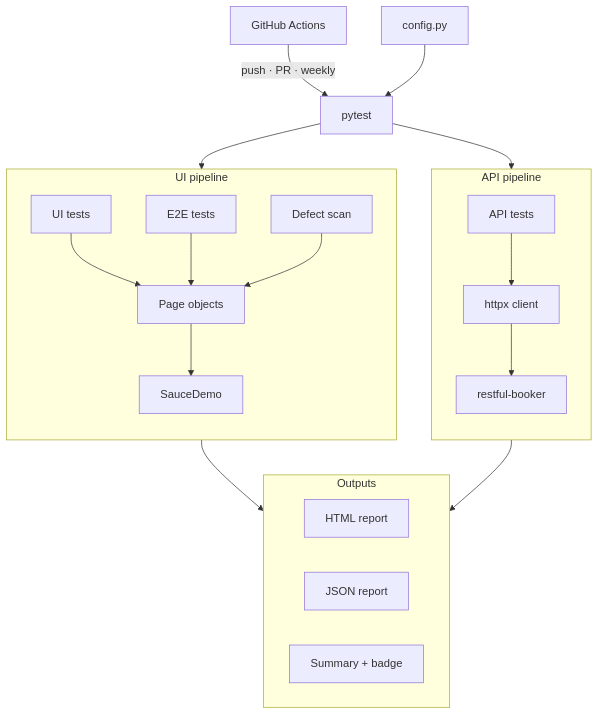
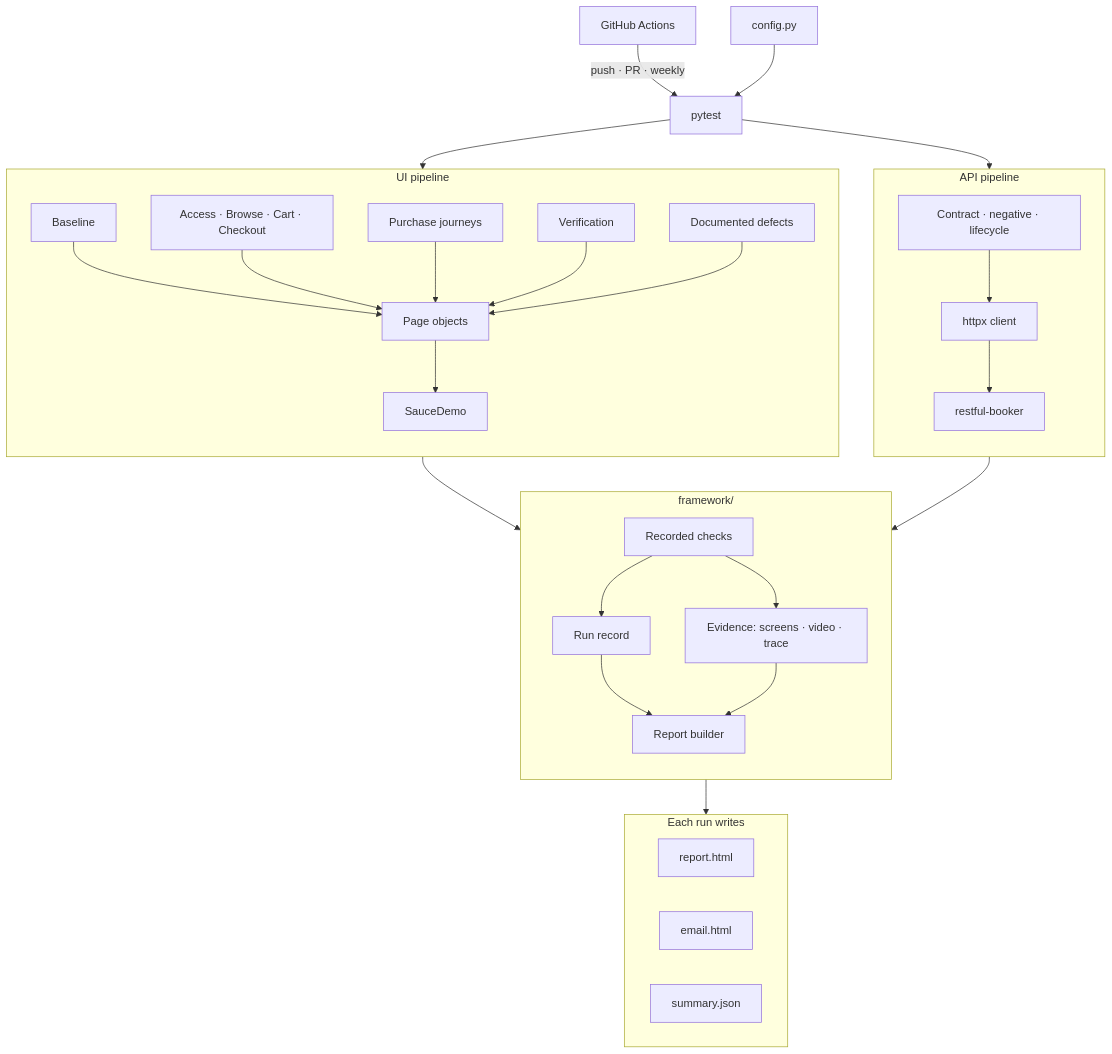
Before and after one commit to TheodorGit/playwright-test-framework: the diagram in README.md, drawn with Mermaid. The commit also changed other lines of this file and 5 other files, not shown here.

````diff
--- a/README.md
+++ b/README.md
@@ -32,42 +51,59 @@
 ```mermaid
 flowchart TB
     CI["GitHub Actions"]
     CONFIG["config.py"]
     RUN["pytest"]
 
     subgraph UIP["UI pipeline"]
         direction TB
-        FUNC["UI tests"]
-        E2E["E2E tests"]
-        DEF["Defect scan"]
+        BASE["Baseline"]
+        FUNC["Access · Browse · Cart · Checkout"]
+        E2E["Purchase journeys"]
+        VER["Verification"]
+        DEF["Documented defects"]
         POM["Page objects"]
         SD["SauceDemo"]
+        BASE --> POM
         FUNC --> POM
         E2E --> POM
+        VER --> POM
         DEF --> POM
         POM --> SD
     end
 
     subgraph APIP["API pipeline"]
         direction TB
-        APIT["API tests"]
+        APIT["Contract · negative · lifecycle"]
         HTTPX["httpx client"]
         RB["restful-booker"]
         APIT --> HTTPX
         HTTPX --> RB
     end
 
-    subgraph OUTS["Outputs"]
+    subgraph FW["framework/"]
+        direction TB
+        REC["Recorded checks"]
+        EV["Evidence: screens · video · trace"]
+        MAN["Run record"]
+        BUILD["Report builder"]
+        REC --> EV
+        REC --> MAN
+        MAN --> BUILD
+        EV --> BUILD
+    end
+
+    subgraph OUTS["Each run writes"]
         direction LR
-        HTML["HTML report"]
-        JSON["JSON report"]
-        BADGE["Summary + badge"]
+        HTML["report.html"]
+        MAIL["email.html"]
+        JSON["summary.json"]
     end
 
     CI -->|"push · PR · weekly"| RUN
     CONFIG --> RUN
     RUN --> UIP
     RUN --> APIP
-    UIP --> OUTS
-    APIP --> OUTS
+    UIP --> FW
+    APIP --> FW
+    BUILD --> OUTS
 ```
````
